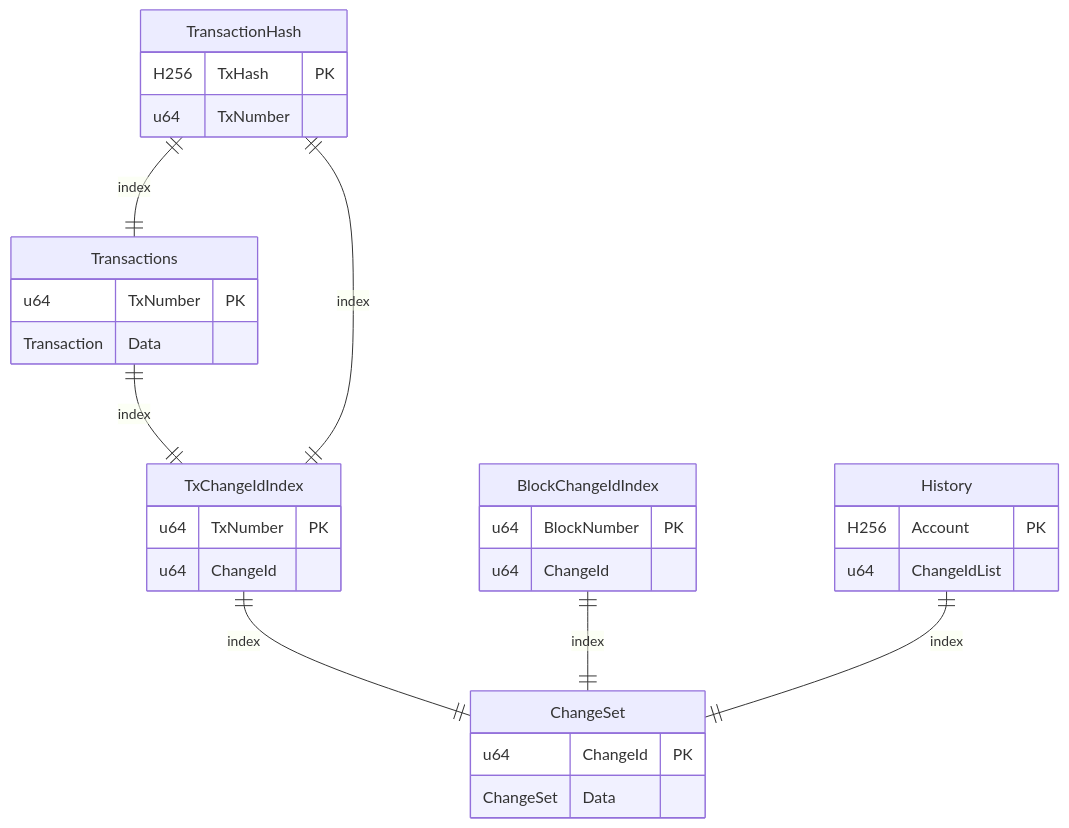
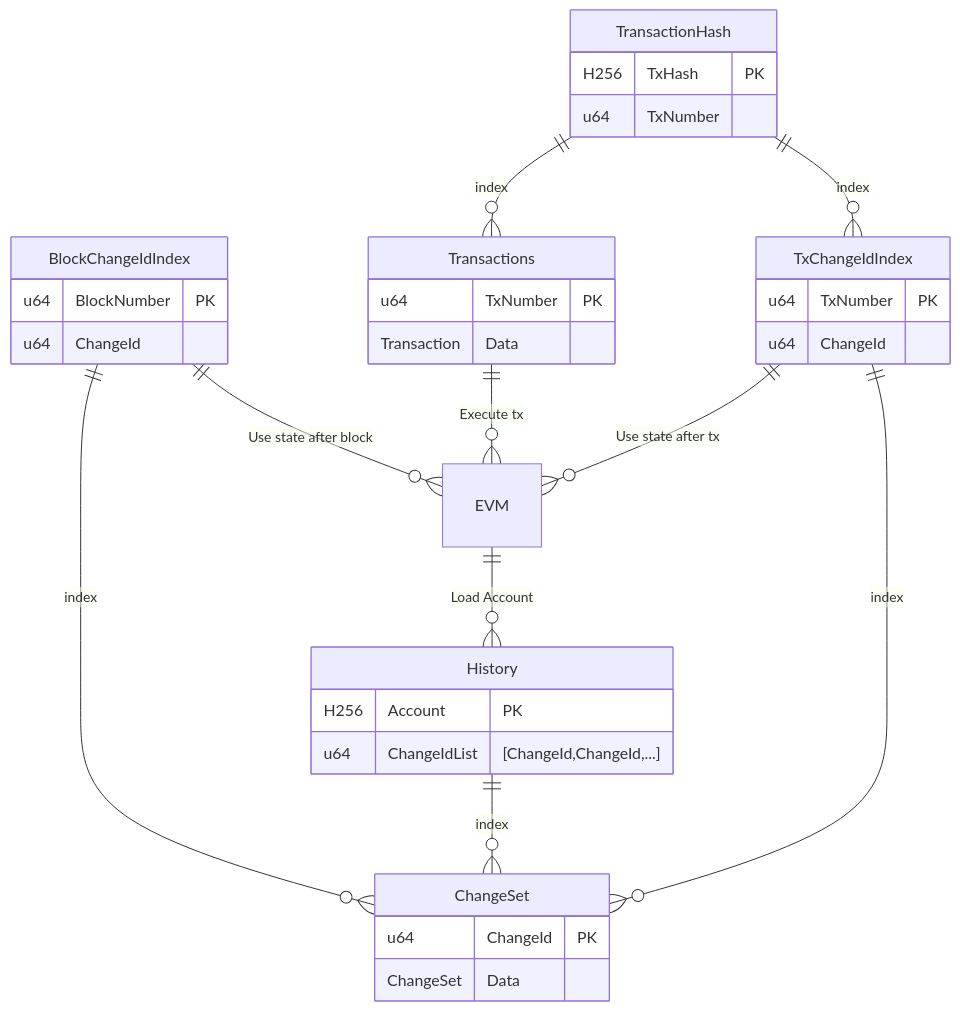
Before and after one commit to paradigmxyz/reth: the diagram in docs/design/database.md, drawn with Mermaid.

````diff
--- a/docs/design/database.md
+++ b/docs/design/database.md
@@ -30,33 +30,36 @@
 ```mermaid
 erDiagram
-Transactions ||--|| TxChangeIdIndex : index
-TransactionHash ||--|| Transactions : index
-TransactionHash ||--|| TxChangeIdIndex : index
-TxChangeIdIndex ||--|| ChangeSet : index
-BlockChangeIdIndex ||--|| ChangeSet : index
-History ||--|| ChangeSet : index
+TransactionHash ||--o{ Transactions : index
+TransactionHash ||--o{ TxChangeIdIndex : index
+BlockChangeIdIndex ||--o{ ChangeSet : index
+History ||--o{ ChangeSet : index
+TxChangeIdIndex ||--o{ ChangeSet : index
 Transactions {
     u64 TxNumber "PK"
     Transaction Data
 }
 TransactionHash {
     H256 TxHash "PK"
     u64 TxNumber
 }
 TxChangeIdIndex {
     u64 TxNumber "PK"
     u64 ChangeId 
 }
 BlockChangeIdIndex {
     u64 BlockNumber "PK"
     u64 ChangeId
 }
 ChangeSet {
     u64 ChangeId "PK"
     ChangeSet Data 
 }
 History {
     H256 Account "PK"
-    u64 ChangeIdList 
+    u64 ChangeIdList "[ChangeId,ChangeId,...]"
 }
+EVM ||--o{ History: "Load Account"
+BlockChangeIdIndex ||--o{ EVM : "Use state after block"
+Transactions ||--o{ EVM : "Execute tx"
+TxChangeIdIndex ||--o{ EVM : "Use state after tx"
 ```
````
